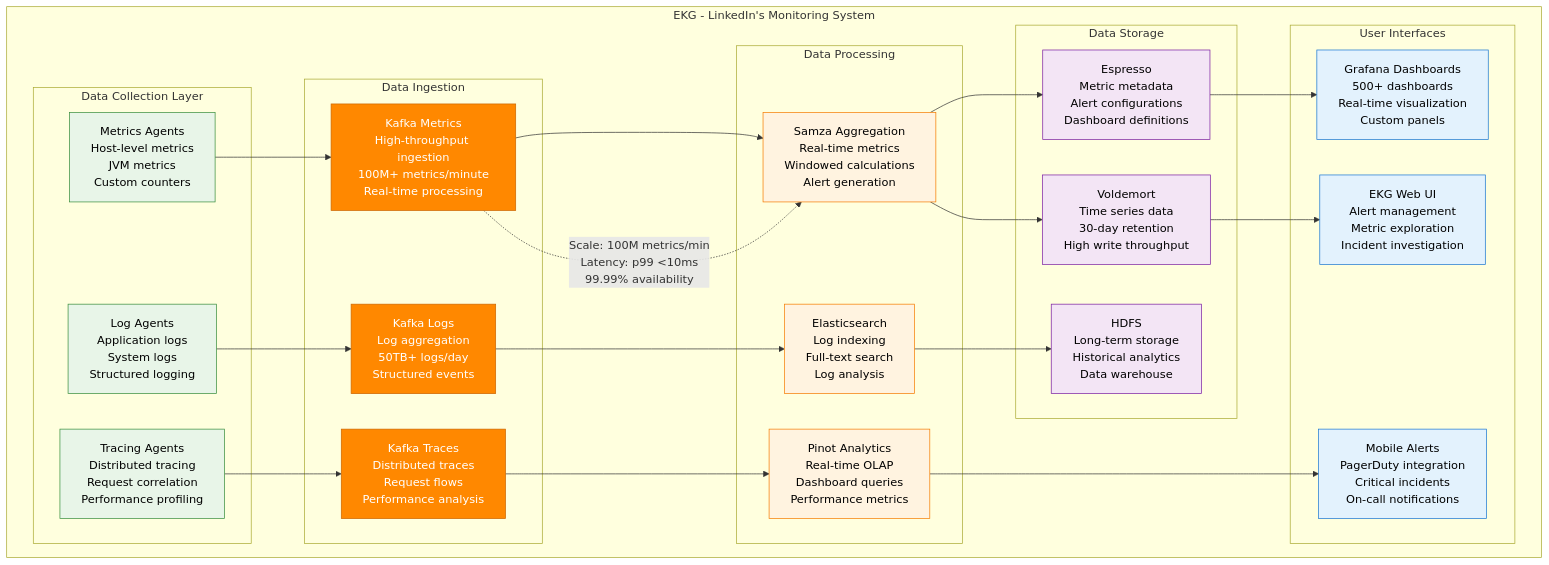
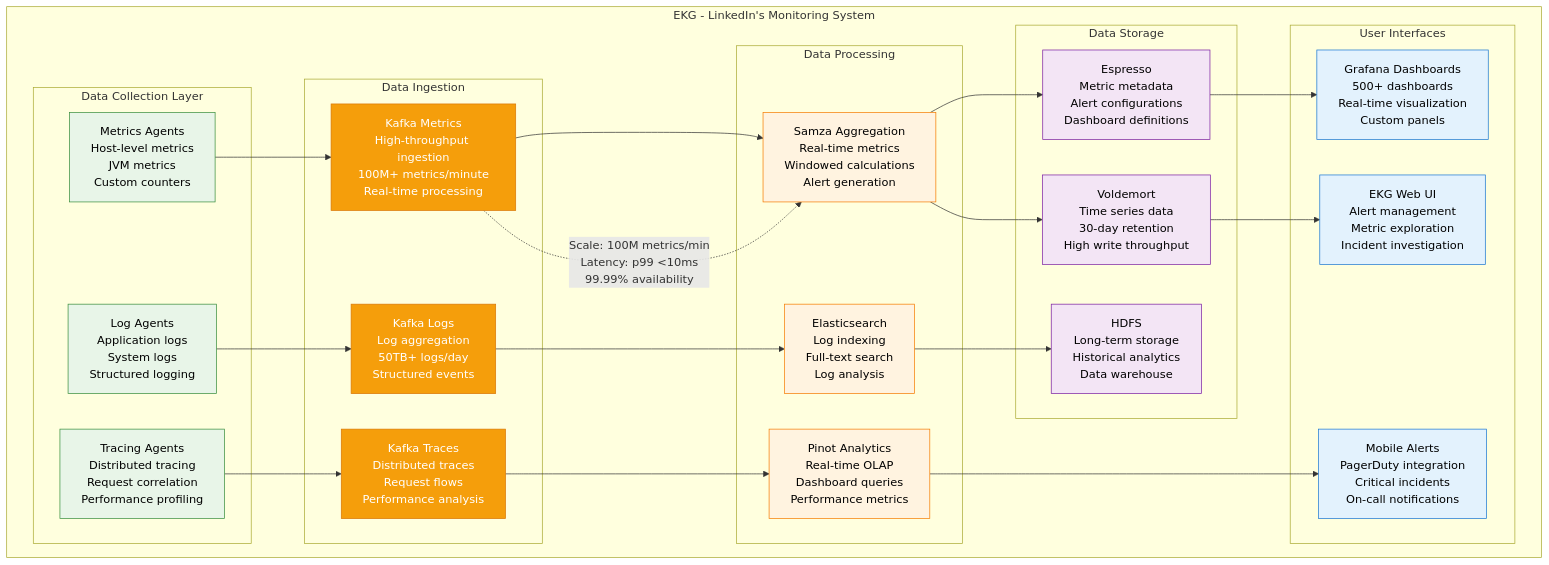
The second of 7 diagrams in site/docs/systems/linkedin/production-operations.md (deepaucksharma/DS), drawn with Mermaid before and after one commit. The commit also changed other lines of this file and 303 other files, not shown here.

````diff
--- a/site/docs/systems/linkedin/production-operations.md
+++ b/site/docs/systems/linkedin/production-operations.md
@@ -66,65 +66,65 @@
 ```mermaid
 graph TB
     subgraph EKGMonitoring[EKG - LinkedIn's Monitoring System]
         subgraph DataCollection[Data Collection Layer]
             METRICS_AGENTS[Metrics Agents<br/>Host-level metrics<br/>JVM metrics<br/>Custom counters]
             LOG_AGENTS[Log Agents<br/>Application logs<br/>System logs<br/>Structured logging]
             TRACE_AGENTS[Tracing Agents<br/>Distributed tracing<br/>Request correlation<br/>Performance profiling]
         end
 
         subgraph DataIngestion[Data Ingestion]
             KAFKA_METRICS[Kafka Metrics<br/>High-throughput ingestion<br/>100M+ metrics/minute<br/>Real-time processing]
             KAFKA_LOGS[Kafka Logs<br/>Log aggregation<br/>50TB+ logs/day<br/>Structured events]
             KAFKA_TRACES[Kafka Traces<br/>Distributed traces<br/>Request flows<br/>Performance analysis]
         end
 
         subgraph DataProcessing[Data Processing]
             SAMZA_AGGREGATION[Samza Aggregation<br/>Real-time metrics<br/>Windowed calculations<br/>Alert generation]
             ELASTICSEARCH[Elasticsearch<br/>Log indexing<br/>Full-text search<br/>Log analysis]
             PINOT_ANALYTICS[Pinot Analytics<br/>Real-time OLAP<br/>Dashboard queries<br/>Performance metrics]
         end
 
         subgraph DataStorage[Data Storage]
             ESPRESSO_METRICS[Espresso<br/>Metric metadata<br/>Alert configurations<br/>Dashboard definitions]
             VOLDEMORT_TS[Voldemort<br/>Time series data<br/>30-day retention<br/>High write throughput]
             HDFS_ARCHIVE[HDFS<br/>Long-term storage<br/>Historical analytics<br/>Data warehouse]
         end
 
         subgraph UserInterfaces[User Interfaces]
             GRAFANA[Grafana Dashboards<br/>500+ dashboards<br/>Real-time visualization<br/>Custom panels]
             EKG_WEB[EKG Web UI<br/>Alert management<br/>Metric exploration<br/>Incident investigation]
             MOBILE_ALERTS[Mobile Alerts<br/>PagerDuty integration<br/>Critical incidents<br/>On-call notifications]
         end
     end
 
     METRICS_AGENTS --> KAFKA_METRICS
     LOG_AGENTS --> KAFKA_LOGS
     TRACE_AGENTS --> KAFKA_TRACES
 
     KAFKA_METRICS --> SAMZA_AGGREGATION
     KAFKA_LOGS --> ELASTICSEARCH
     KAFKA_TRACES --> PINOT_ANALYTICS
 
     SAMZA_AGGREGATION --> ESPRESSO_METRICS
     SAMZA_AGGREGATION --> VOLDEMORT_TS
     ELASTICSEARCH --> HDFS_ARCHIVE
 
     ESPRESSO_METRICS --> GRAFANA
     VOLDEMORT_TS --> EKG_WEB
     PINOT_ANALYTICS --> MOBILE_ALERTS
 
     %% Monitoring scale
     KAFKA_METRICS -.->|"Scale: 100M metrics/min<br/>Latency: p99 <10ms<br/>99.99% availability"| SAMZA_AGGREGATION
 
     classDef collectionStyle fill:#E8F5E8,stroke:#388E3C,color:#000
-    classDef ingestionStyle fill:#FF8800,stroke:#CC6600,color:#fff
+    classDef ingestionStyle fill:#F59E0B,stroke:#D97706,color:#fff
     classDef processingStyle fill:#FFF3E0,stroke:#F57C00,color:#000
     classDef storageStyle fill:#F3E5F5,stroke:#7B1FA2,color:#000
     classDef uiStyle fill:#E3F2FD,stroke:#1976D2,color:#000
 
     class METRICS_AGENTS,LOG_AGENTS,TRACE_AGENTS collectionStyle
     class KAFKA_METRICS,KAFKA_LOGS,KAFKA_TRACES ingestionStyle
     class SAMZA_AGGREGATION,ELASTICSEARCH,PINOT_ANALYTICS processingStyle
     class ESPRESSO_METRICS,VOLDEMORT_TS,HDFS_ARCHIVE storageStyle
     class GRAFANA,EKG_WEB,MOBILE_ALERTS uiStyle
 ```
````
